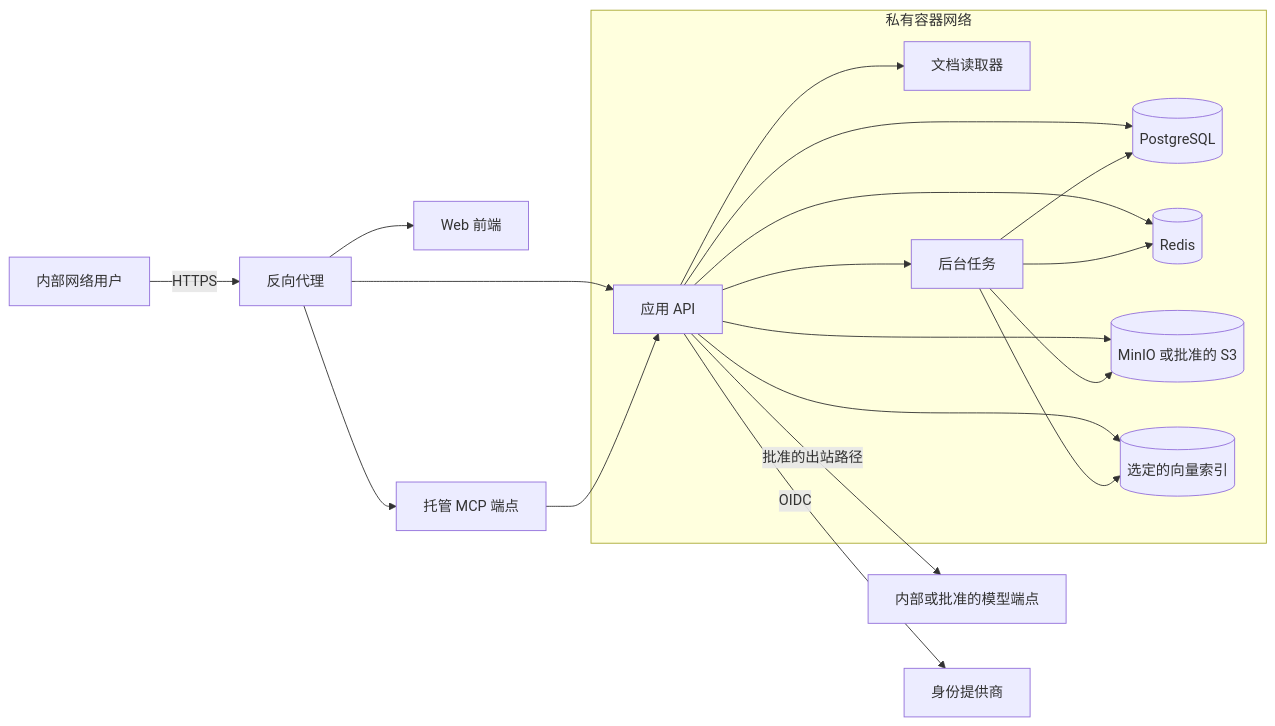
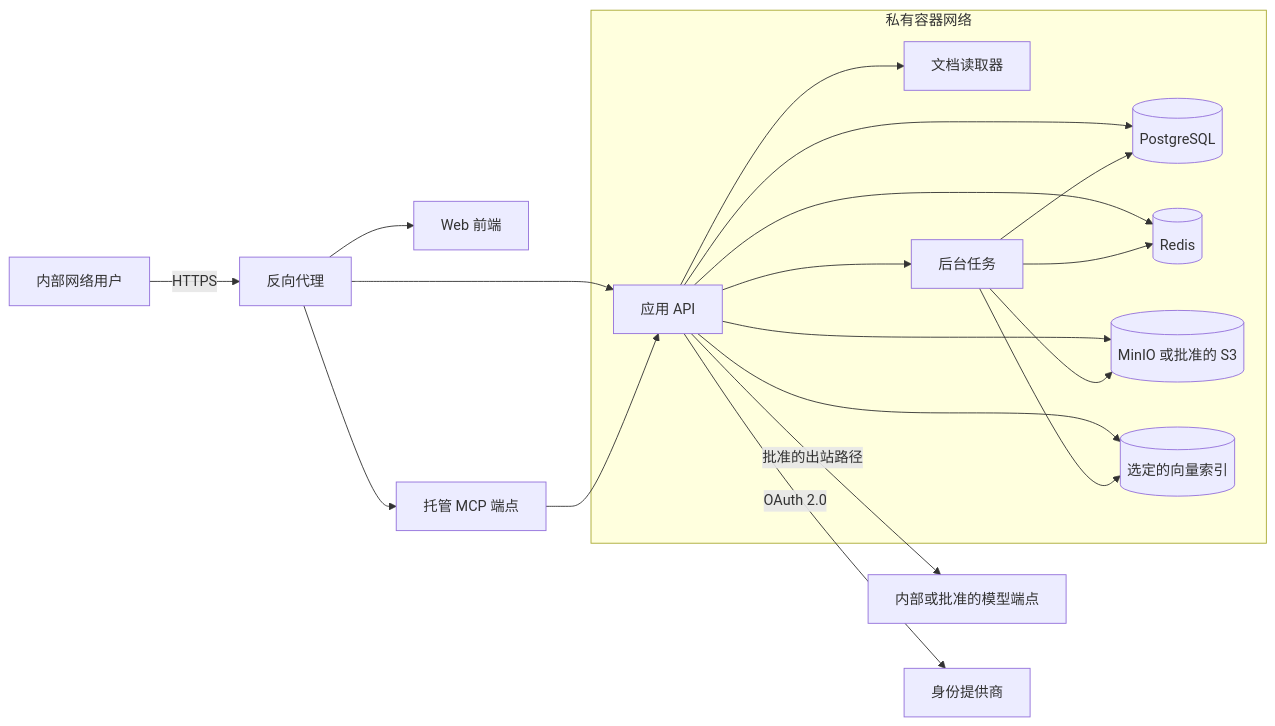
The fifth of 5 diagrams in docs/OVERALL_DESIGN_ZH.md (gawaineLee77/MyKB), drawn with Mermaid before and after one commit. The commit also changed other lines of this file and 106 other files, not shown here.

````diff
--- a/docs/OVERALL_DESIGN_ZH.md
+++ b/docs/OVERALL_DESIGN_ZH.md
@@ -978,24 +1004,24 @@
 ```mermaid
 flowchart LR
     USERS[内部网络用户] -->|HTTPS| PROXY[反向代理]
     PROXY --> FE[Web 前端]
     PROXY --> APP[应用 API]
     PROXY --> MCP[托管 MCP 端点]
     MCP --> APP
 
     subgraph PCN["私有容器网络"]
         APP --> PG[(PostgreSQL)]
         APP --> REDIS[(Redis)]
         APP --> OBJ[(MinIO 或批准的 S3)]
         APP --> VEC[(选定的向量索引)]
         APP --> DOC[文档读取器]
         APP --> WORKER[后台任务]
         WORKER --> PG
         WORKER --> REDIS
         WORKER --> OBJ
         WORKER --> VEC
     end
 
     APP -->|批准的出站路径| MODELS[内部或批准的模型端点]
-    APP -->|OIDC| IDP[身份提供商]
+    APP -->|OAuth 2.0| IDP[身份提供商]
 ```
````
